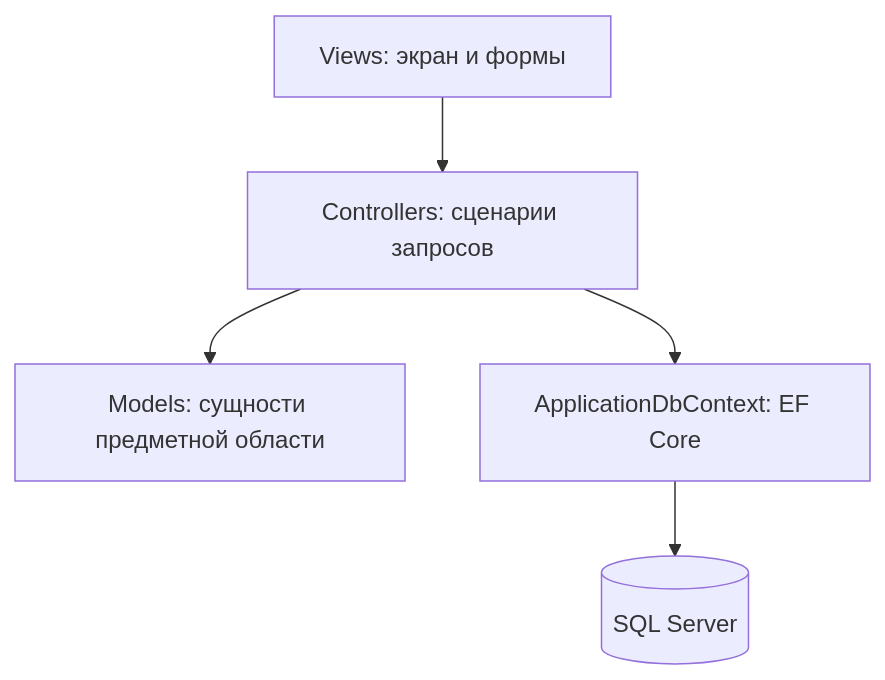
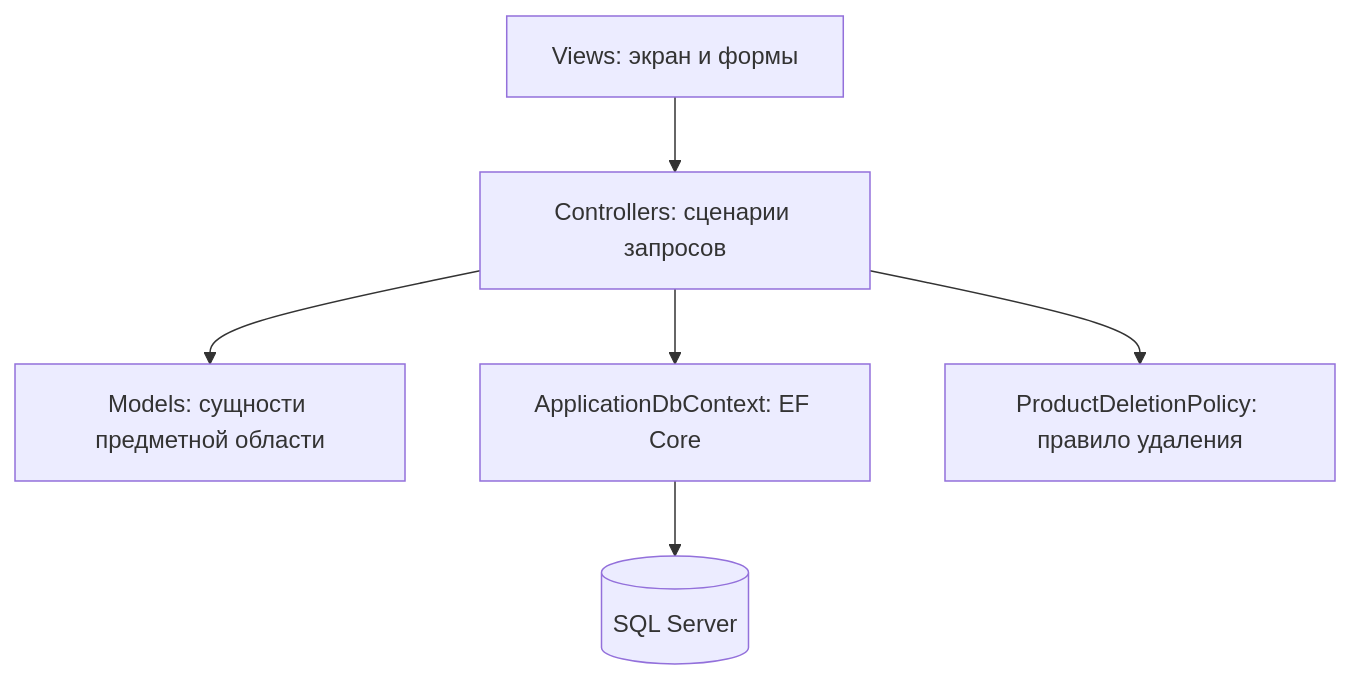
Before and after one commit to AselMirbek/WebServiceCosmetics: the diagram in docs/ARCHITECTURE_AND_COURSEWORK.md, drawn with Mermaid. The commit also changed other lines of this file, not shown here.

````diff
--- a/docs/ARCHITECTURE_AND_COURSEWORK.md
+++ b/docs/ARCHITECTURE_AND_COURSEWORK.md
@@ -31,7 +31,8 @@
 ```mermaid
 graph TD
   V[Views: экран и формы] --> C[Controllers: сценарии запросов]
   C --> M[Models: сущности предметной области]
   C --> D[ApplicationDbContext: EF Core]
+  C --> P[ProductDeletionPolicy: правило удаления]
   D --> DB[(SQL Server)]
 ```
````
